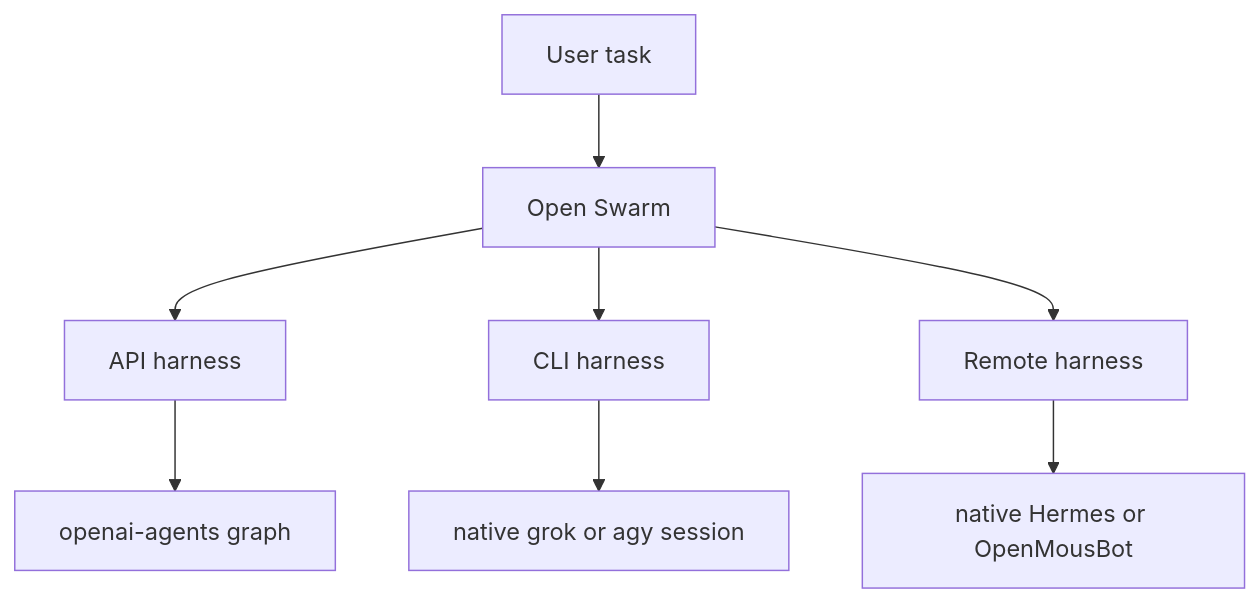
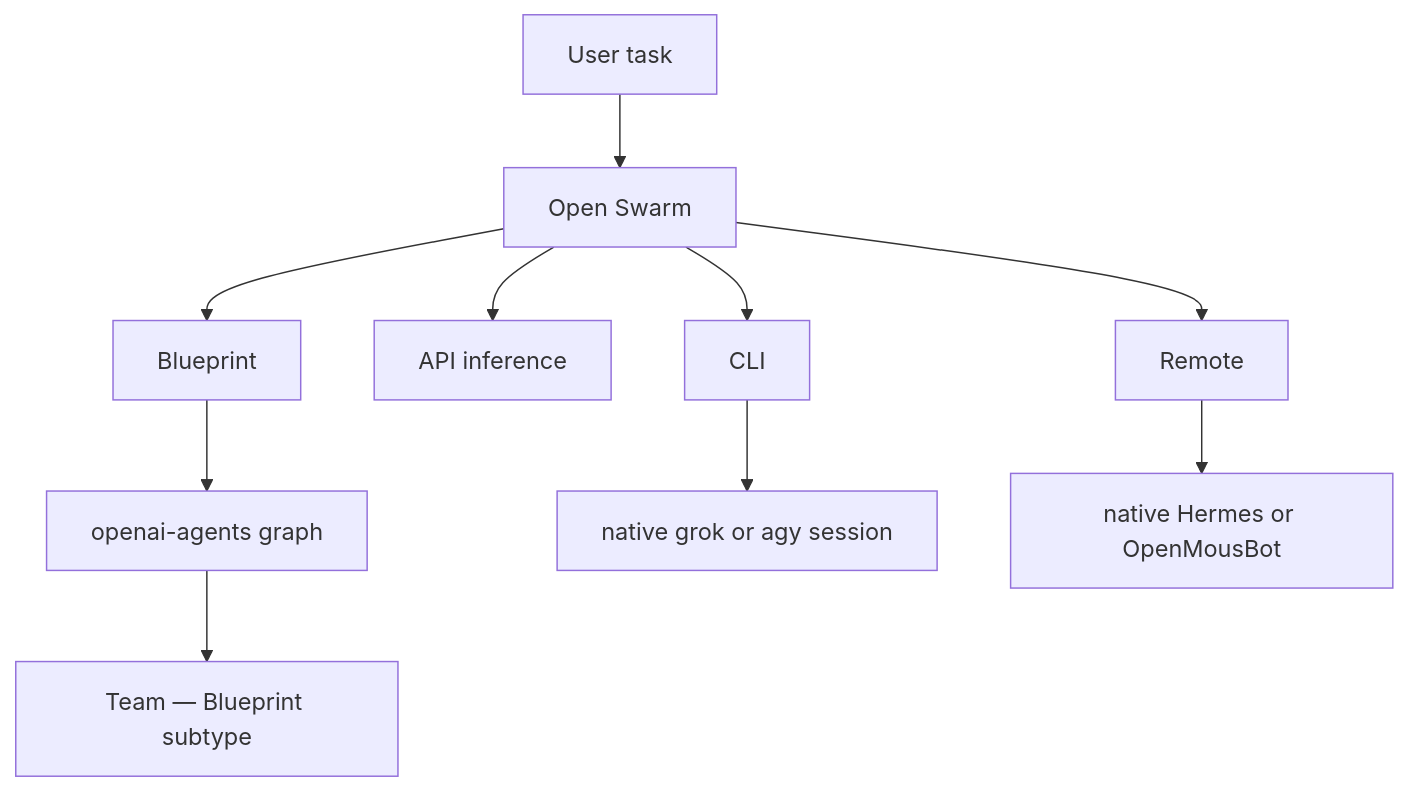
The third of 3 diagrams in README.md (matthewhand/open-swarm), drawn with Mermaid before and after one commit. The commit also changed other lines of this file and 4 other files, not shown here.

````diff
--- a/README.md
+++ b/README.md
@@ -67,10 +86,12 @@
 ```mermaid
 flowchart TB
   User[User task] --> OS[Open Swarm]
-  OS --> API[API harness]
-  OS --> CLI[CLI harness]
-  OS --> Remote[Remote harness]
-  API --> Graph[openai-agents graph]
+  OS --> CLI[CLI]
+  OS --> API[API inference]
+  OS --> BP[Blueprint]
+  OS --> Remote[Remote]
+  BP --> Graph[openai-agents graph]
+  Graph --> Team[Team — Blueprint subtype]
   CLI --> NativeCLI[native grok or agy session]
   Remote --> NativeRemote[native Hermes or OpenMousBot]
 ```
````
